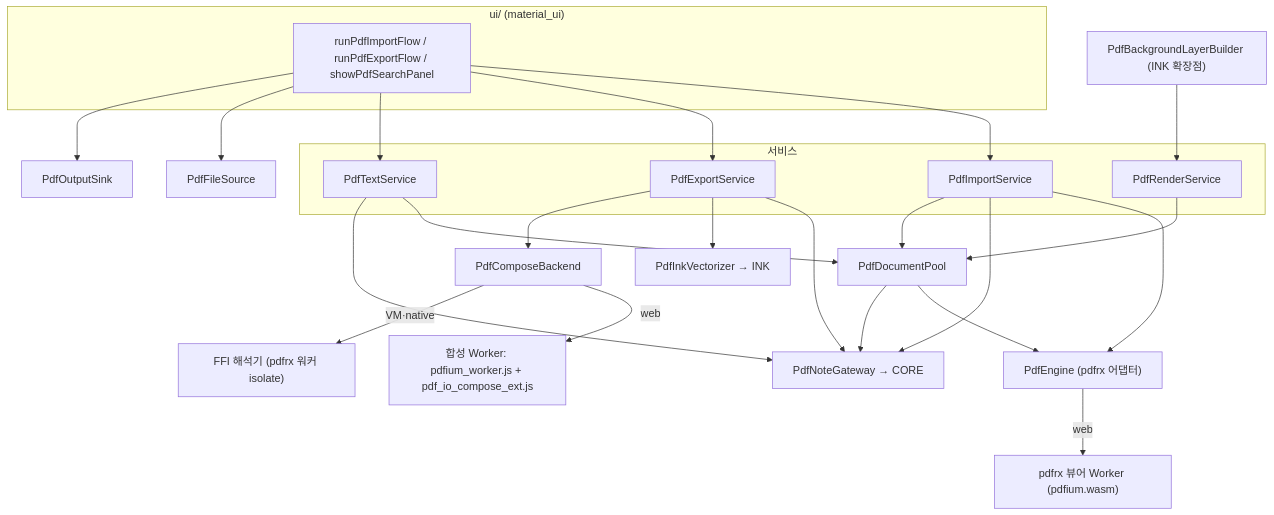
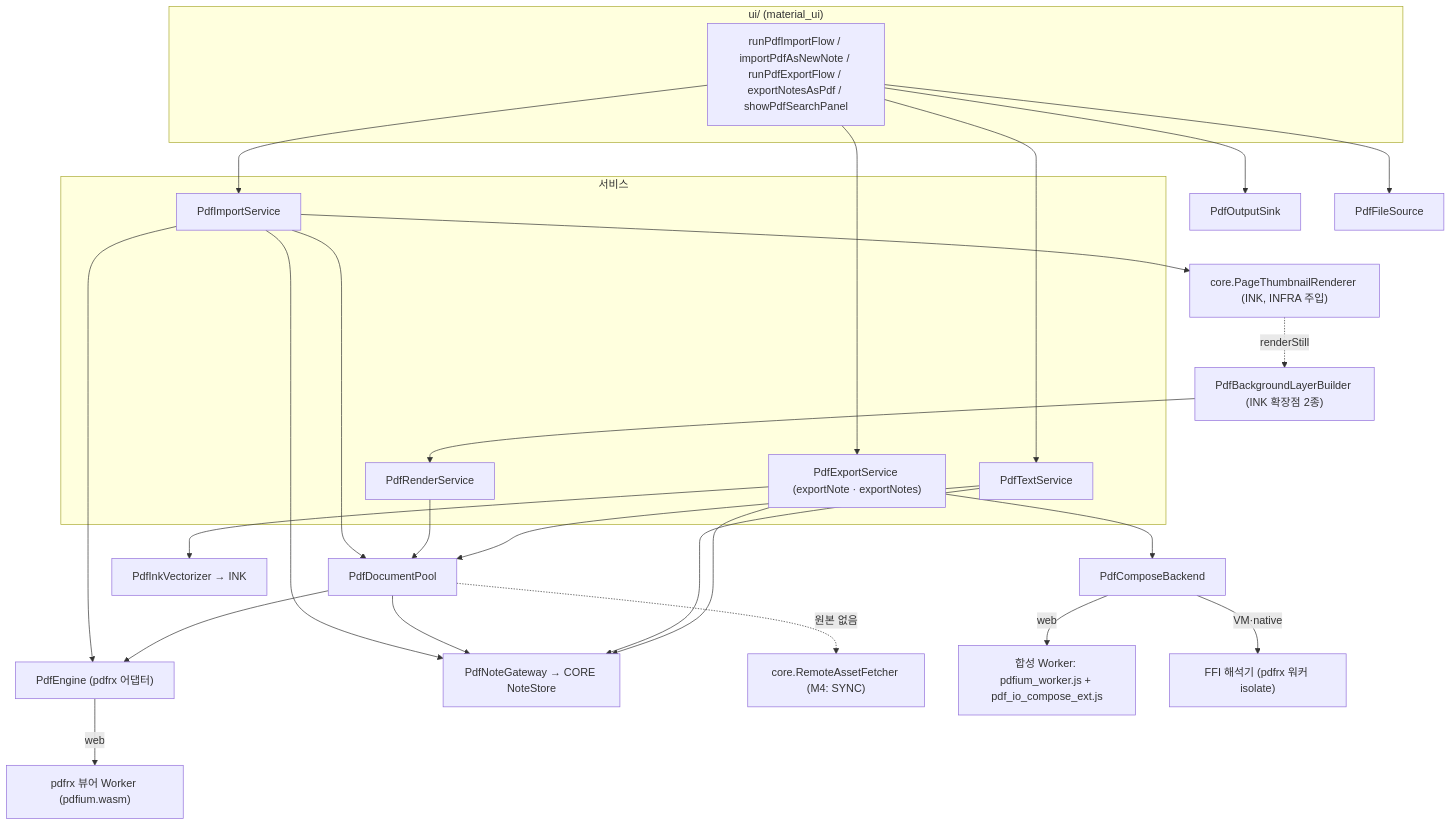
One commit to youngduckcrab/noteapp changed the first of 2 diagrams in docs/plans/06-pdf.md. Above: the diagram before and after it, drawn with Mermaid. The commit also changed other lines of this file and 8 other files, not shown here.

````diff
--- a/docs/plans/06-pdf.md
+++ b/docs/plans/06-pdf.md
@@ -1596,31 +2475,35 @@
 ```mermaid
 flowchart TB
   subgraph UI["ui/ (material_ui)"]
-    Flows["runPdfImportFlow / runPdfExportFlow / showPdfSearchPanel"]
+    Flows["runPdfImportFlow / importPdfAsNewNote / runPdfExportFlow / exportNotesAsPdf / showPdfSearchPanel"]
   end
   subgraph Svc["서비스"]
     Imp[PdfImportService]
-    Exp[PdfExportService]
+    Exp["PdfExportService (exportNote · exportNotes)"]
     Txt[PdfTextService]
     Ren[PdfRenderService]
   end
   Pool[PdfDocumentPool]
   Eng["PdfEngine (pdfrx 어댑터)"]
-  GW["PdfNoteGateway → CORE"]
+  GW["PdfNoteGateway → CORE NoteStore"]
+  RF["core.RemoteAssetFetcher (M4: SYNC)"]
+  TR["core.PageThumbnailRenderer (INK, INFRA 주입)"]
   Vec["PdfInkVectorizer → INK"]
   Bk["PdfComposeBackend"]
   Out[PdfOutputSink]
   Files[PdfFileSource]
-  Bld["PdfBackgroundLayerBuilder (INK 확장점)"]
+  Bld["PdfBackgroundLayerBuilder (INK 확장점 2종)"]
   Flows --> Imp & Exp & Txt
   Flows --> Files & Out
-  Imp --> Eng & GW & Pool
+  Imp --> Eng & GW & Pool & TR
   Ren --> Pool --> Eng
   Pool --> GW
+  Pool -.->|원본 없음| RF
   Txt --> Pool & GW
   Exp --> GW & Vec & Bk
   Bld --> Ren
+  TR -.->|renderStill| Bld
   Bk -->|web| W["합성 Worker: pdfium_worker.js + pdf_io_compose_ext.js"]
   Bk -->|VM·native| F["FFI 해석기 (pdfrx 워커 isolate)"]
   Eng -->|web| V["pdfrx 뷰어 Worker (pdfium.wasm)"]
 ```
````
